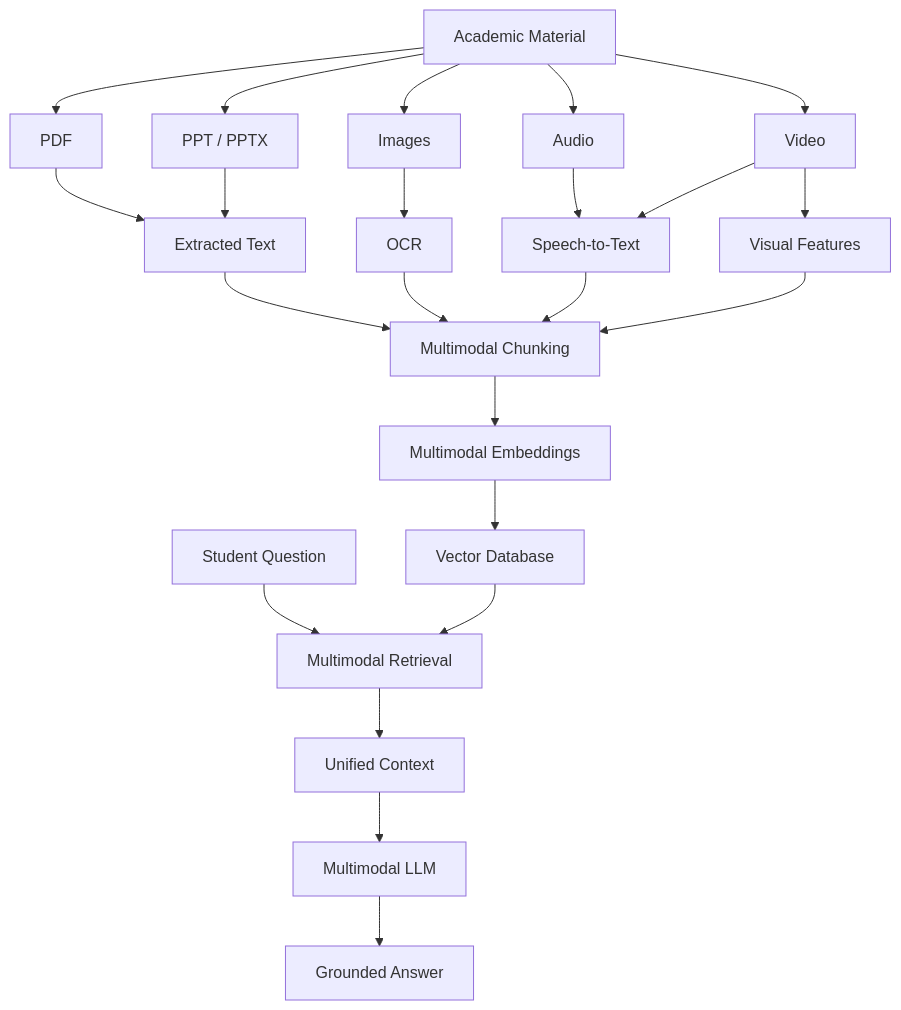
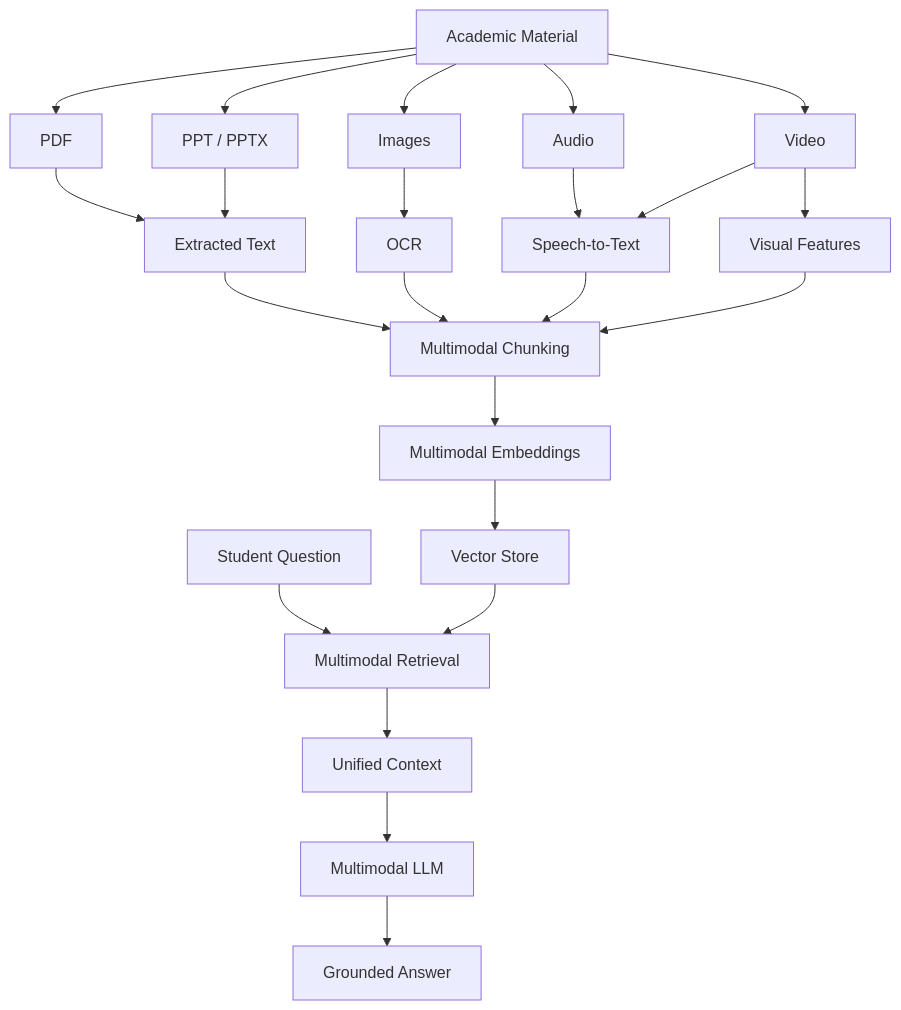
One commit to NAITIKK682/ProfessorMindAI changed diagram 11 of 15 in README.md. Above: the diagram before and after it, drawn with Mermaid. The commit also changed other lines of this file, not shown here.

````diff
--- a/README.md
+++ b/README.md
@@ -2163,53 +2402,53 @@
 ```mermaid
 flowchart TD
 
     INPUT[Academic Material]
 
     PDF[PDF]
     PPT[PPT / PPTX]
     IMAGE[Images]
     AUDIO[Audio]
     VIDEO[Video]
 
     TEXT[Extracted Text]
     OCR[OCR]
     STT[Speech-to-Text]
     VISUAL[Visual Features]
 
     CHUNK[Multimodal Chunking]
     EMBED[Multimodal Embeddings]
-    VECTOR[Vector Database]
+    VECTOR[Vector Store]
 
     QUERY[Student Question]
     RETRIEVE[Multimodal Retrieval]
     CONTEXT[Unified Context]
     LLM[Multimodal LLM]
     ANSWER[Grounded Answer]
 
     INPUT --> PDF
     INPUT --> PPT
     INPUT --> IMAGE
     INPUT --> AUDIO
     INPUT --> VIDEO
 
     PDF --> TEXT
     PPT --> TEXT
     IMAGE --> OCR
     AUDIO --> STT
     VIDEO --> STT
     VIDEO --> VISUAL
 
     TEXT --> CHUNK
     OCR --> CHUNK
     STT --> CHUNK
     VISUAL --> CHUNK
 
     CHUNK --> EMBED
     EMBED --> VECTOR
 
     QUERY --> RETRIEVE
     VECTOR --> RETRIEVE
     RETRIEVE --> CONTEXT
     CONTEXT --> LLM
     LLM --> ANSWER
 ```
````
